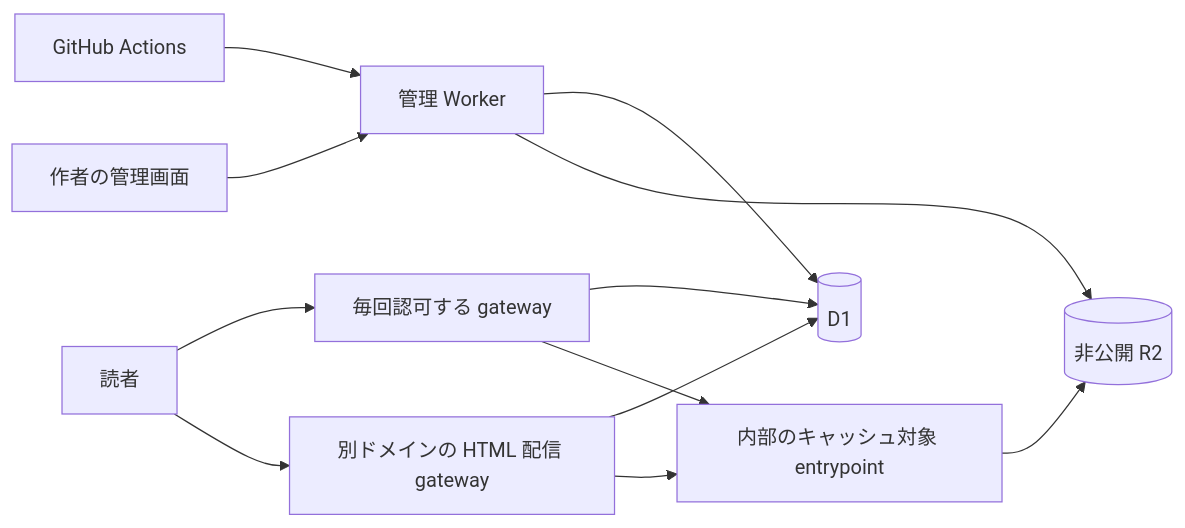
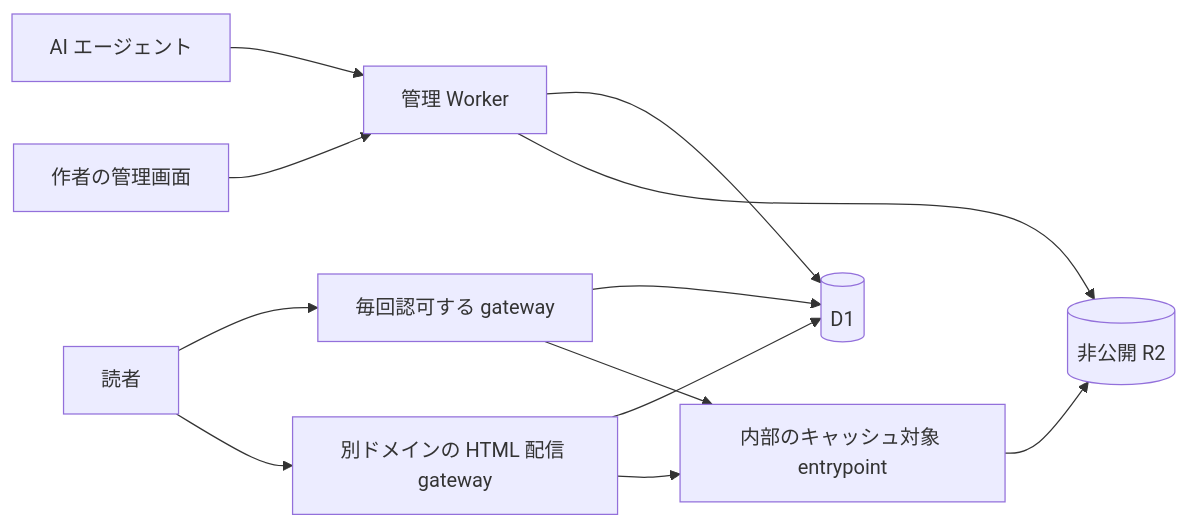
Before and after one commit to piconic-ai/slide: the diagram in docs/dev/design.md, drawn with Mermaid. The commit also changed other lines of this file and 21 other files, not shown here.

First line of the commit message:
Rewrite the documents that described updating slides from GitHub.

````diff
--- a/docs/dev/design.md
+++ b/docs/dev/design.md
@@ -15,14 +15,14 @@
 ```mermaid
 flowchart LR
-    CI[GitHub Actions] --> Control[管理 Worker]
+    Agent[AI エージェント] --> Control[管理 Worker]
     Author[作者の管理画面] --> Control
     Control --> D1[(D1)]
     Control --> R2[(非公開 R2)]
     Reader[読者] --> Gate[毎回認可する gateway]
     Gate --> D1
     Gate --> Cached[内部のキャッシュ対象 entrypoint]
     Cached --> R2
     Reader --> Frame[別ドメインの HTML 配信 gateway]
     Frame --> D1
     Frame --> Cached
 ```
````
